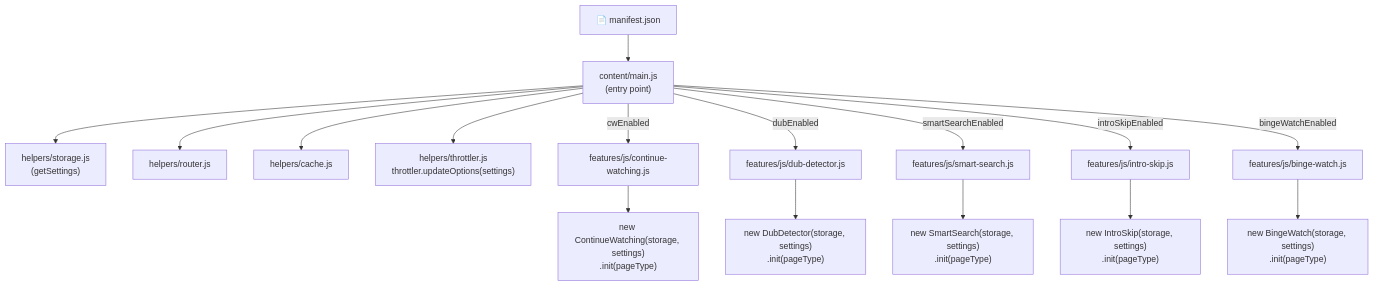
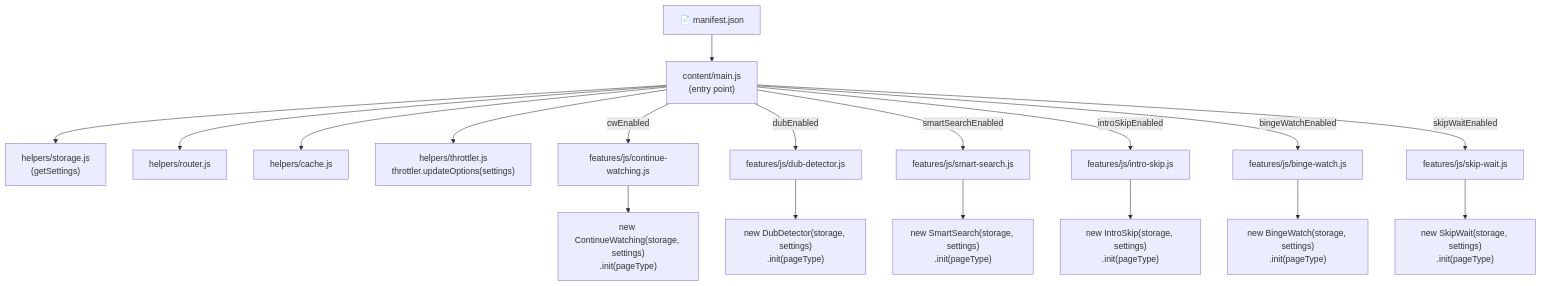
The first of 5 diagrams in docs/ARCHITECTURE.md (abdullahkhfb/animepahe-enhancer), drawn with Mermaid before and after one commit. The commit also changed other lines of this file and 36 other files, not shown here.

Commit message:
feat: add Skip Wait feature to enhance download experience - Removed unused CSS files to streamline styles. - Updated popup and common styles for consistency. - Adjusted manifest for new permissions and background script.

````diff
--- a/docs/ARCHITECTURE.md
+++ b/docs/ARCHITECTURE.md
@@ -118,18 +123,20 @@
 ```mermaid
 flowchart TD
     MF["📄 manifest.json"] --> CM["content/main.js\n(entry point)"]
     CM --> HS["helpers/storage.js\n(getSettings)"]
     CM --> HR["helpers/router.js"]
     CM --> HCache["helpers/cache.js"]
     CM --> TH["helpers/throttler.js\nthrottler.updateOptions(settings)"]
     CM -->|cwEnabled| CW["features/js/continue-watching.js"]
     CM -->|dubEnabled| DD["features/js/dub-detector.js"]
     CM -->|smartSearchEnabled| SS["features/js/smart-search.js"]
     CM -->|introSkipEnabled| IS["features/js/intro-skip.js"]
     CM -->|bingeWatchEnabled| BW["features/js/binge-watch.js"]
+    CM -->|skipWaitEnabled| SW["features/js/skip-wait.js"]
     CW --> CWI["new ContinueWatching(storage, settings)\n.init(pageType)"]
     DD --> DDI["new DubDetector(storage, settings)\n.init(pageType)"]
     SS --> SSI["new SmartSearch(storage, settings)\n.init(pageType)"]
     IS --> ISI["new IntroSkip(storage, settings)\n.init(pageType)"]
     BW --> BWI["new BingeWatch(storage, settings)\n.init(pageType)"]
+    SW --> SWI["new SkipWait(storage, settings)\n.init(pageType)"]
 ```
````
